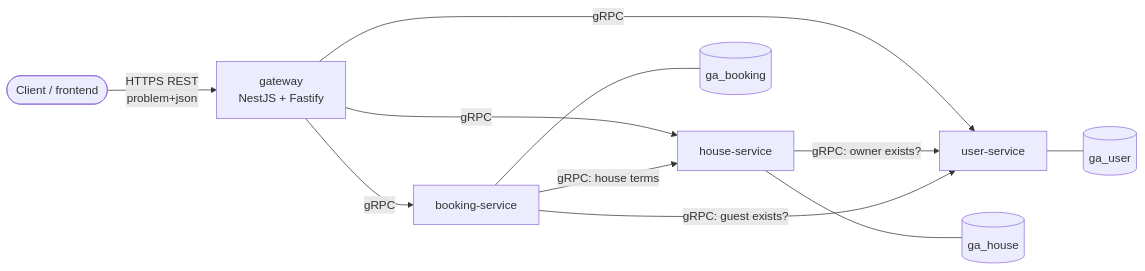
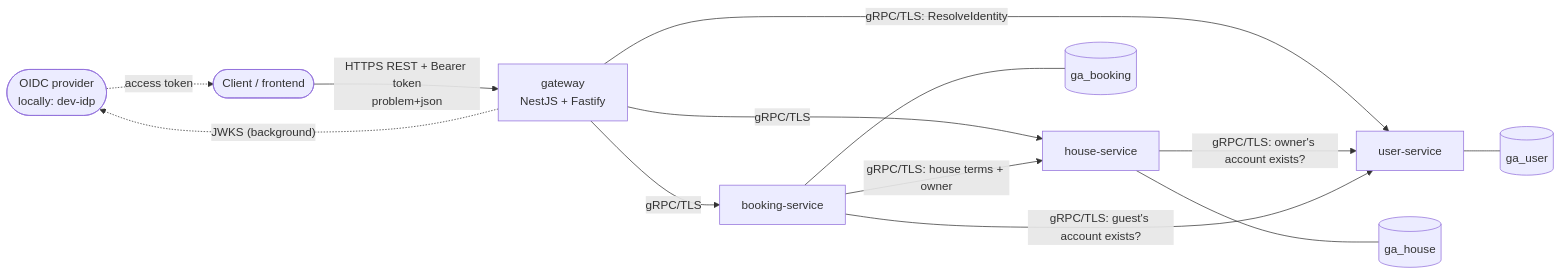
One commit to pshenok/global-architecture changed the first of 2 diagrams in docs/architecture/overview.md. Above: the diagram before and after it, drawn with Mermaid. The commit also changed other lines of this file and 34 other files, not shown here.

First line of the commit message:
Document identity and access across ADRs, skills and READMEs

````diff
--- a/docs/architecture/overview.md
+++ b/docs/architecture/overview.md
@@ -14,13 +14,15 @@
 ```mermaid
 flowchart LR
-  client([Client / frontend]) -- "HTTPS REST\nproblem+json" --> gw[gateway\nNestJS + Fastify]
-  gw -- gRPC --> us[user-service]
-  gw -- gRPC --> hs[house-service]
-  gw -- gRPC --> bs[booking-service]
-  hs -- "gRPC: owner exists?" --> us
-  bs -- "gRPC: guest exists?" --> us
-  bs -- "gRPC: house terms" --> hs
+  idp([OIDC provider\nlocally: dev-idp]) -. "access token" .-> client([Client / frontend])
+  client -- "HTTPS REST + Bearer token\nproblem+json" --> gw[gateway\nNestJS + Fastify]
+  gw -. "JWKS (background)" .-> idp
+  gw -- "gRPC/TLS: ResolveIdentity" --> us[user-service]
+  gw -- "gRPC/TLS" --> hs[house-service]
+  gw -- "gRPC/TLS" --> bs[booking-service]
+  hs -- "gRPC/TLS: owner's account exists?" --> us
+  bs -- "gRPC/TLS: guest's account exists?" --> us
+  bs -- "gRPC/TLS: house terms + owner" --> hs
   us --- udb[(ga_user)]
   hs --- hdb[(ga_house)]
   bs --- bdb[(ga_booking)]
 ```
````
